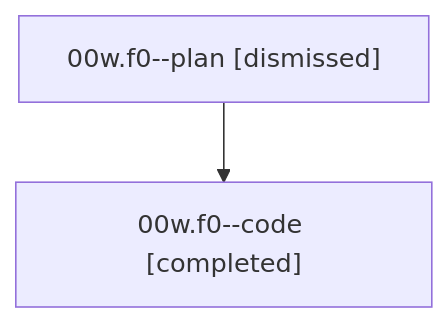
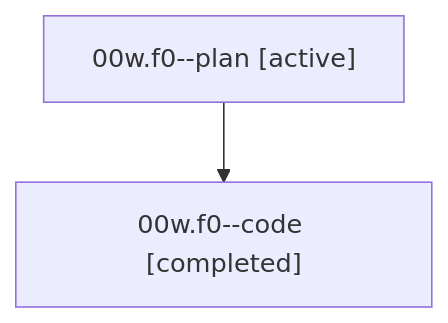
The diagram in families/bbugyi200.athena.00w.f0.md (bobs-org/bob-cli--agents), drawn with Mermaid before and after one commit. The commit also changed other lines of this file and 1279 other files, not shown here.

````diff
--- a/families/bbugyi200.athena.00w.f0.md
+++ b/families/bbugyi200.athena.00w.f0.md
@@ -9,6 +9,6 @@
 ```mermaid
 flowchart TD
-  n0["00w.f0--plan [dismissed]"]
+  n0["00w.f0--plan [active]"]
   n1["00w.f0--code [completed]"]
   n0 --> n1
 ```
````
